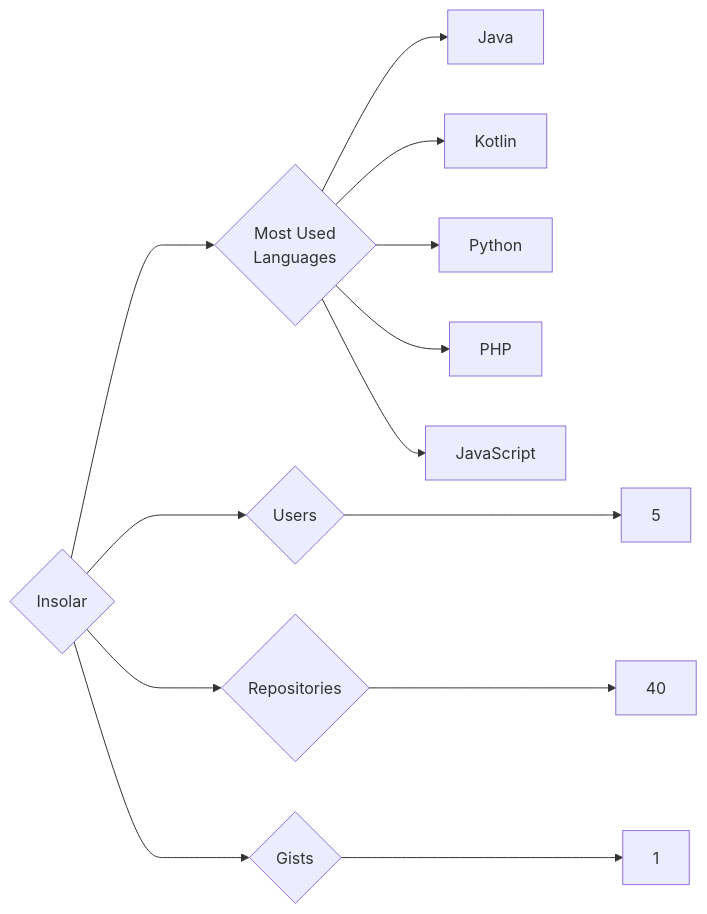
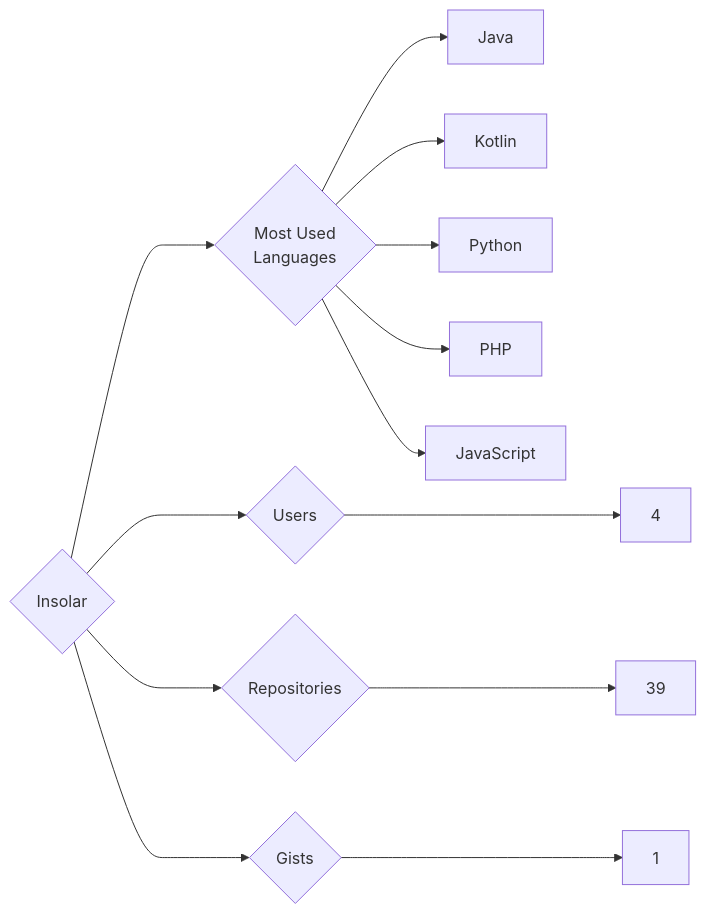
Before and after one commit to trickest/insiders: the diagram in targets/Insolar/README.md, drawn with Mermaid. The commit also changed 679 other files, not shown here.

````diff
--- a/targets/Insolar/README.md
+++ b/targets/Insolar/README.md
@@ -3,13 +3,13 @@
 ```mermaid
 graph LR
 COMPANY_NAME{Insolar}
-COMPANY_NAME ---> U{Users} ---> UN[5]
-COMPANY_NAME ---> R{Repositories} ---> RN[40]
+COMPANY_NAME ---> U{Users} ---> UN[4]
+COMPANY_NAME ---> R{Repositories} ---> RN[39]
 COMPANY_NAME ---> G{Gists} ---> GN[1]
 COMPANY_NAME ---> ML{Most Used<br>Languages}
 ML --> Java[Java]
 ML --> Kotlin[Kotlin]
 ML --> Python[Python]
 ML --> PHP[PHP]
 ML --> JavaScript[JavaScript]
 ```
````
